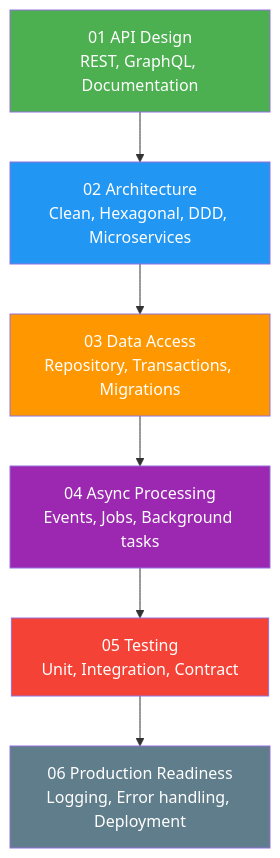
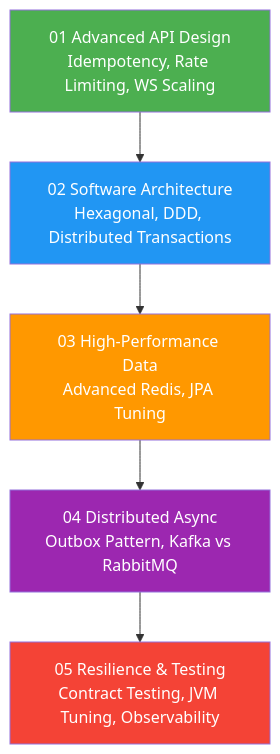
One commit to hotung9108/engineering-knowledge changed the diagram in 05-backend-engineering/README.md. Above: the diagram before and after it, drawn with Mermaid. The commit also changed other lines of this file, not shown here.

````diff
--- a/05-backend-engineering/README.md
+++ b/05-backend-engineering/README.md
@@ -9,15 +17,13 @@
 ```mermaid
 graph TD
-    API["01 API Design<br/>REST, GraphQL, Documentation"] --> ARCH["02 Architecture<br/>Clean, Hexagonal, DDD, Microservices"]
-    ARCH --> DATA["03 Data Access<br/>Repository, Transactions, Migrations"]
-    DATA --> ASYNC["04 Async Processing<br/>Events, Jobs, Background tasks"]
-    ASYNC --> TEST["05 Testing<br/>Unit, Integration, Contract"]
-    TEST --> PROD["06 Production Readiness<br/>Logging, Error handling, Deployment"]
+    API["01 Advanced API Design<br/>Idempotency, Rate Limiting, WS Scaling"] --> ARCH["02 Software Architecture<br/>Hexagonal, DDD, Distributed Transactions"]
+    ARCH --> DATA["03 High-Performance Data<br/>Advanced Redis, JPA Tuning"]
+    DATA --> ASYNC["04 Distributed Async<br/>Outbox Pattern, Kafka vs RabbitMQ"]
+    ASYNC --> RES["05 Resilience & Testing<br/>Contract Testing, JVM Tuning, Observability"]
 
     style API fill:#4CAF50,color:#fff
     style ARCH fill:#2196F3,color:#fff
     style DATA fill:#FF9800,color:#fff
     style ASYNC fill:#9C27B0,color:#fff
-    style TEST fill:#F44336,color:#fff
-    style PROD fill:#607D8B,color:#fff
+    style RES fill:#F44336,color:#fff
 ```
````
